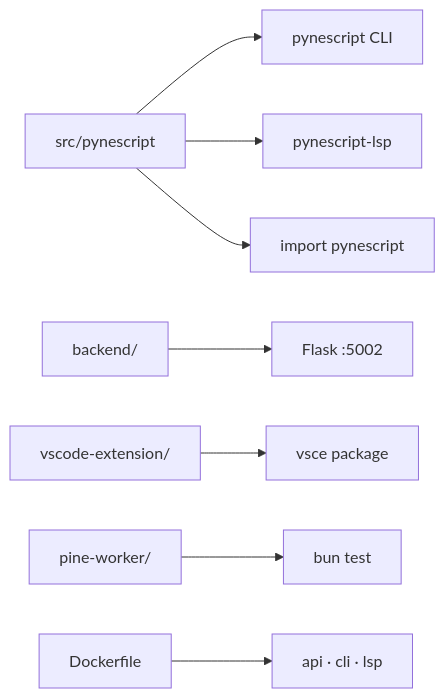
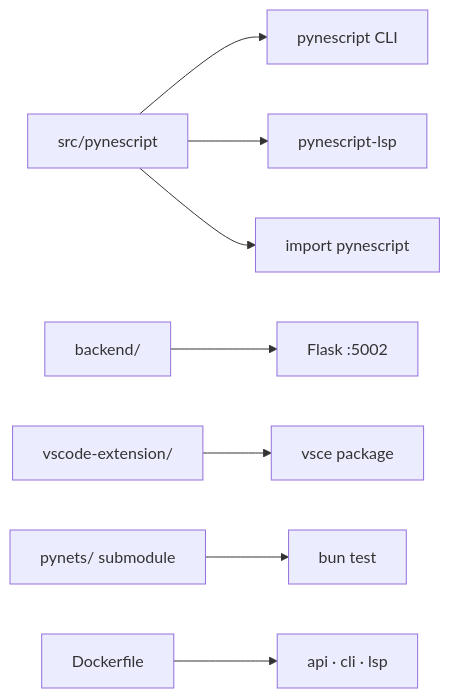
The diagram in docs/pyne/devops/local-dev.mdx (hoox-sh/pyne), drawn with Mermaid before and after one commit. The commit also changed other lines of this file and 60 other files, not shown here.

````diff
--- a/docs/pyne/devops/local-dev.mdx
+++ b/docs/pyne/devops/local-dev.mdx
@@ -35,10 +35,10 @@
 ```mermaid
 flowchart LR
   SRC[src/pynescript] --> CLI[pynescript CLI]
   SRC --> LSP[pynescript-lsp]
   SRC --> LIB[import pynescript]
   BE[backend/] --> API[Flask :5002]
   VSC[vscode-extension/] --> VSIX[vsce package]
-  PW[pine-worker/] --> BUN[bun test]
+  TS[pynets/ submodule] --> BUN[bun test]
   DOCK[Dockerfile] --> IMG[api · cli · lsp]
 ```
````
